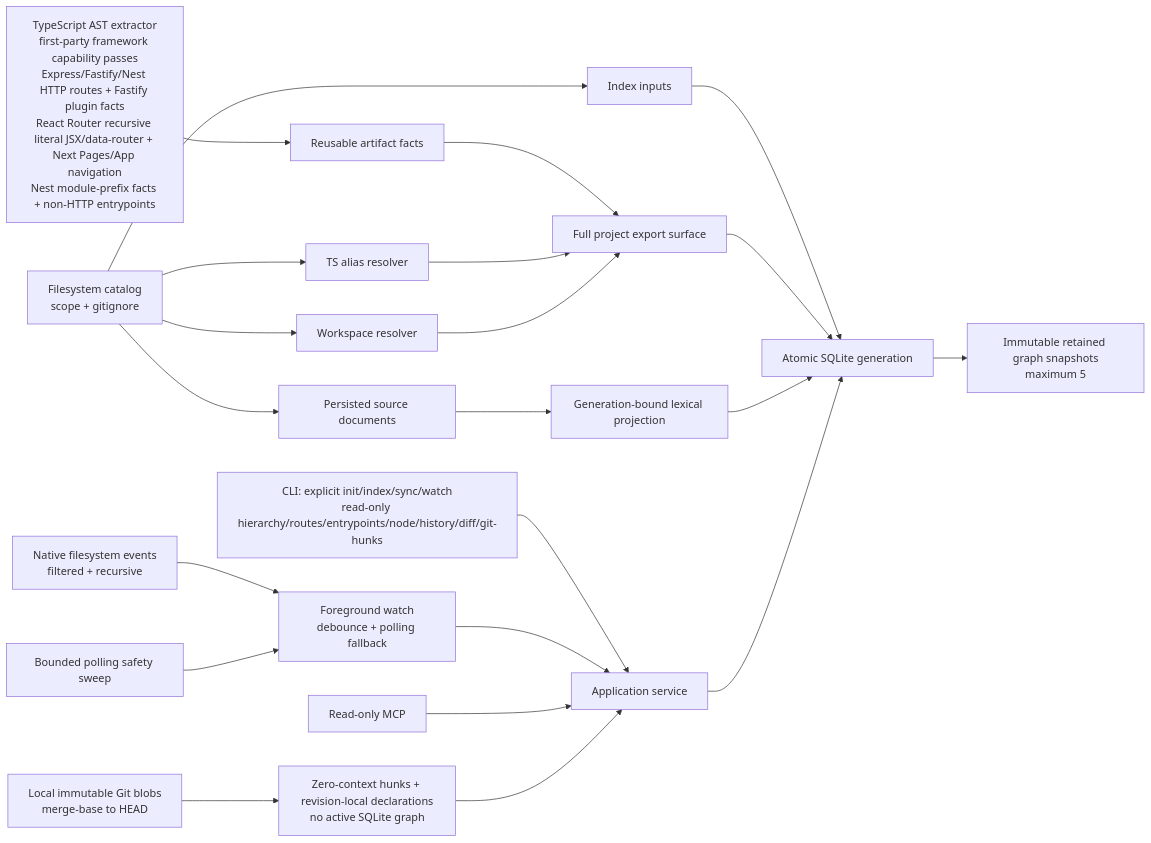
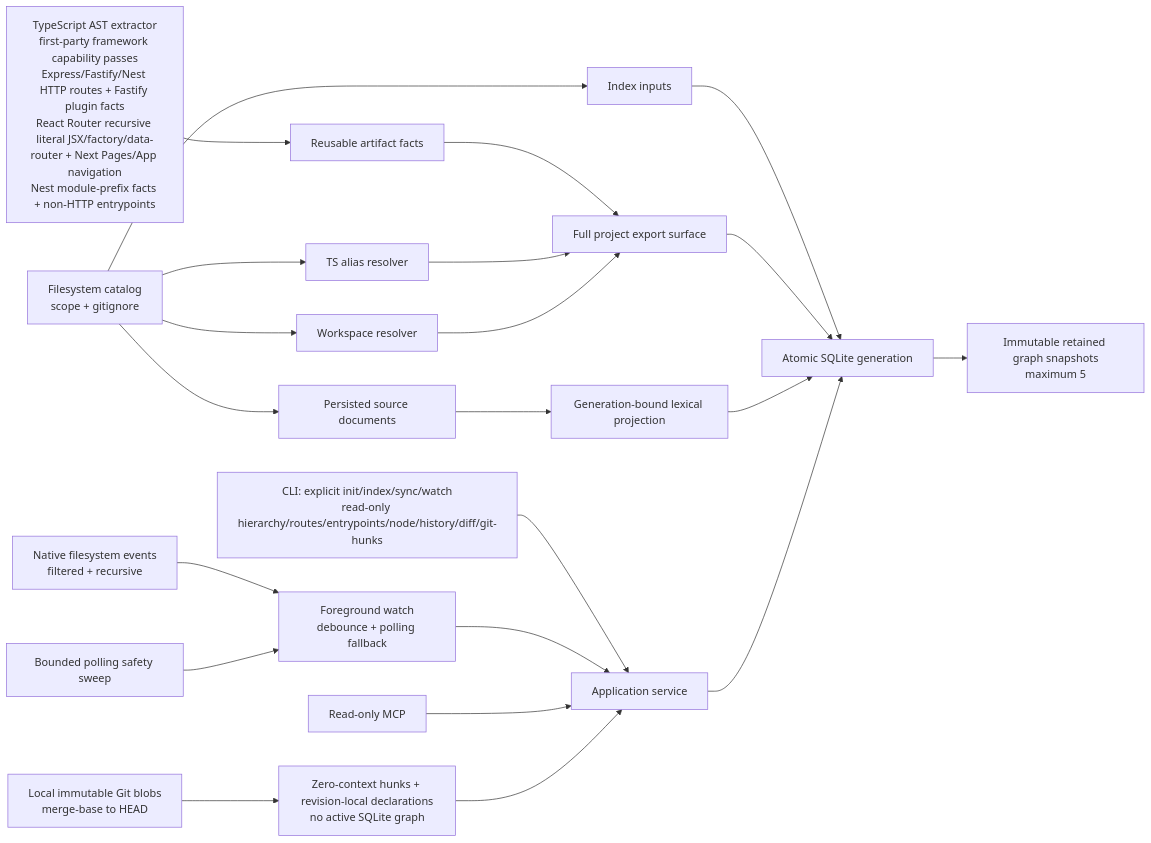
One commit to HsinPu/SymbolLattice changed the diagram in README.md. Above: the diagram before and after it, drawn with Mermaid. The commit also changed other lines of this file and 13 other files, not shown here.

````diff
--- a/README.md
+++ b/README.md
@@ -870,23 +893,23 @@
 ```mermaid
 flowchart LR
   CLI["CLI: explicit init/index/sync/watch\nread-only hierarchy/routes/entrypoints/node/history/diff/git-hunks"] --> App["Application service"]
   Native["Native filesystem events\nfiltered + recursive"] --> Watch["Foreground watch\ndebounce + polling fallback"]
   Timer["Bounded polling safety sweep"] --> Watch
   Watch --> App
   MCP["Read-only MCP"] --> App
   Git["Local immutable Git blobs\nmerge-base to HEAD"] --> GitHunks["Zero-context hunks + revision-local declarations\nno active SQLite graph"] --> App
   Catalog["Filesystem catalog\nscope + gitignore"] --> Inputs["Index inputs"]
   Catalog --> TS["TS alias resolver"]
   Catalog --> WS["Workspace resolver"]
-  Extractor["TypeScript AST extractor\nfirst-party framework capability passes\nExpress/Fastify/Nest HTTP routes + Fastify plugin facts\nReact Router recursive literal JSX/data-router + Next Pages/App navigation\nNest module-prefix facts + non-HTTP entrypoints"] --> Facts["Reusable artifact facts"]
+  Extractor["TypeScript AST extractor\nfirst-party framework capability passes\nExpress/Fastify/Nest HTTP routes + Fastify plugin facts\nReact Router recursive literal JSX/factory/data-router + Next Pages/App navigation\nNest module-prefix facts + non-HTTP entrypoints"] --> Facts["Reusable artifact facts"]
   Catalog --> SourceDocs["Persisted source documents"]
   SourceDocs --> Retrieval["Generation-bound lexical projection"]
   Facts --> Resolver["Full project export surface"]
   TS --> Resolver
   WS --> Resolver
   Inputs --> SQLite["Atomic SQLite generation"]
   Resolver --> SQLite
   Retrieval --> SQLite
   SQLite --> Retained["Immutable retained graph snapshots\nmaximum 5"]
   App --> SQLite
 ```
````
